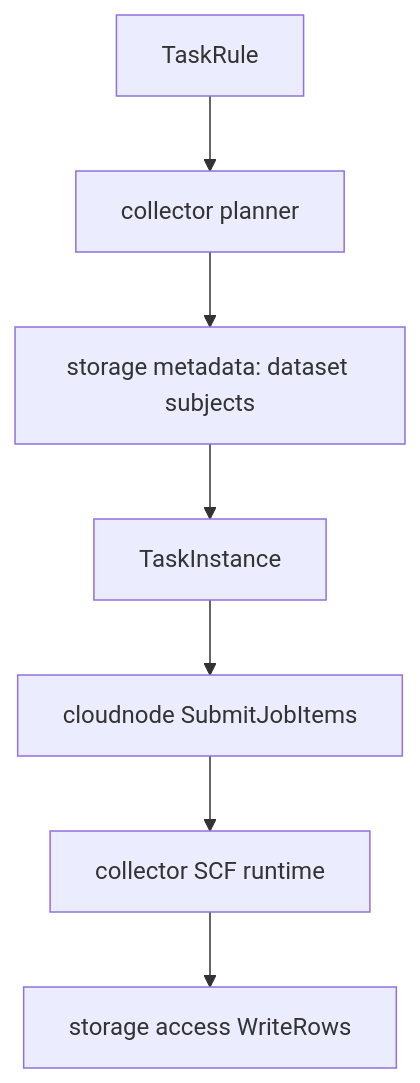
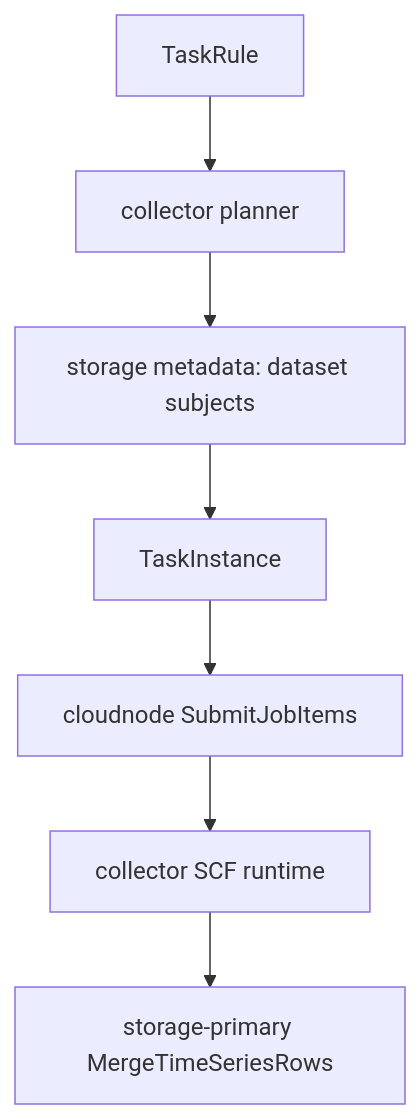
One commit to mooyang-code/moox changed the diagram in docs/采集任务管理.md. Above: the diagram before and after it, drawn with Mermaid. The commit also changed other lines of this file and 382 other files, not shown here.

Commit message:
refactor(storage): enforce primary shard boundary

````diff
--- a/docs/采集任务管理.md
+++ b/docs/采集任务管理.md
@@ -61,9 +61,9 @@
 ```mermaid
 flowchart TD
   Rule["TaskRule"] --> Planner["collector planner"]
   Planner --> Metadata["storage metadata: dataset subjects"]
   Metadata --> Instance["TaskInstance"]
   Instance --> CloudNode["cloudnode SubmitJobItems"]
   CloudNode --> SCF["collector SCF runtime"]
-  SCF --> Storage["storage access WriteRows"]
+  SCF --> Storage["storage-primary MergeTimeSeriesRows"]
 ```
````
